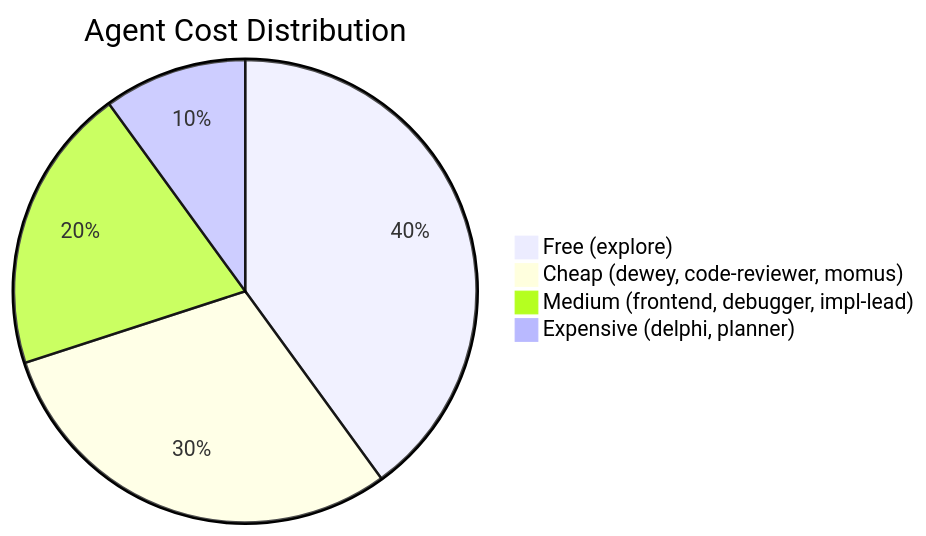
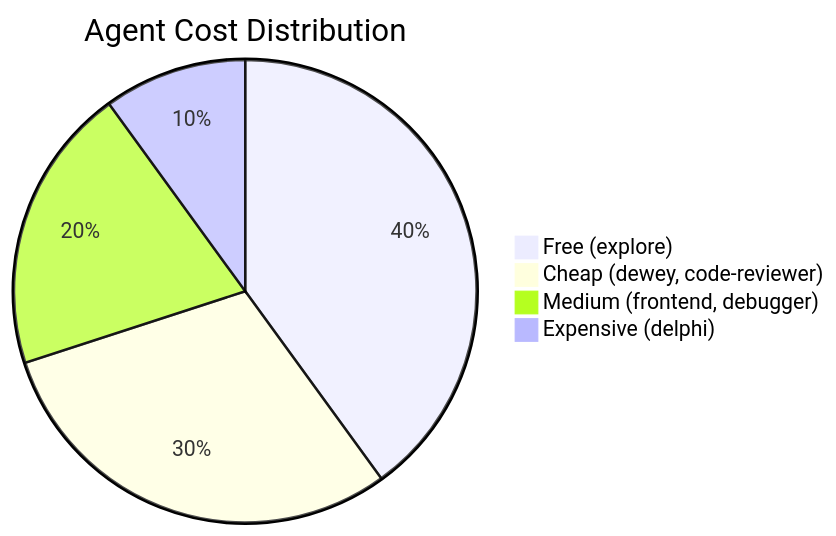
The second of 12 diagrams in docs/architecture/AGENT_ORCHESTRATION.md (GratefulDave/stravinsky), drawn with Mermaid before and after one commit. The commit also changed other lines of this file and 32 other files, not shown here.

````diff
--- a/docs/architecture/AGENT_ORCHESTRATION.md
+++ b/docs/architecture/AGENT_ORCHESTRATION.md
@@ -55,7 +55,7 @@
 ```mermaid
 pie title Agent Cost Distribution
     "Free (explore)" : 40
-    "Cheap (dewey, code-reviewer, momus)" : 30
-    "Medium (frontend, debugger, impl-lead)" : 20
-    "Expensive (delphi, planner)" : 10
+    "Cheap (dewey, code-reviewer)" : 30
+    "Medium (frontend, debugger)" : 20
+    "Expensive (delphi)" : 10
 ```
````
